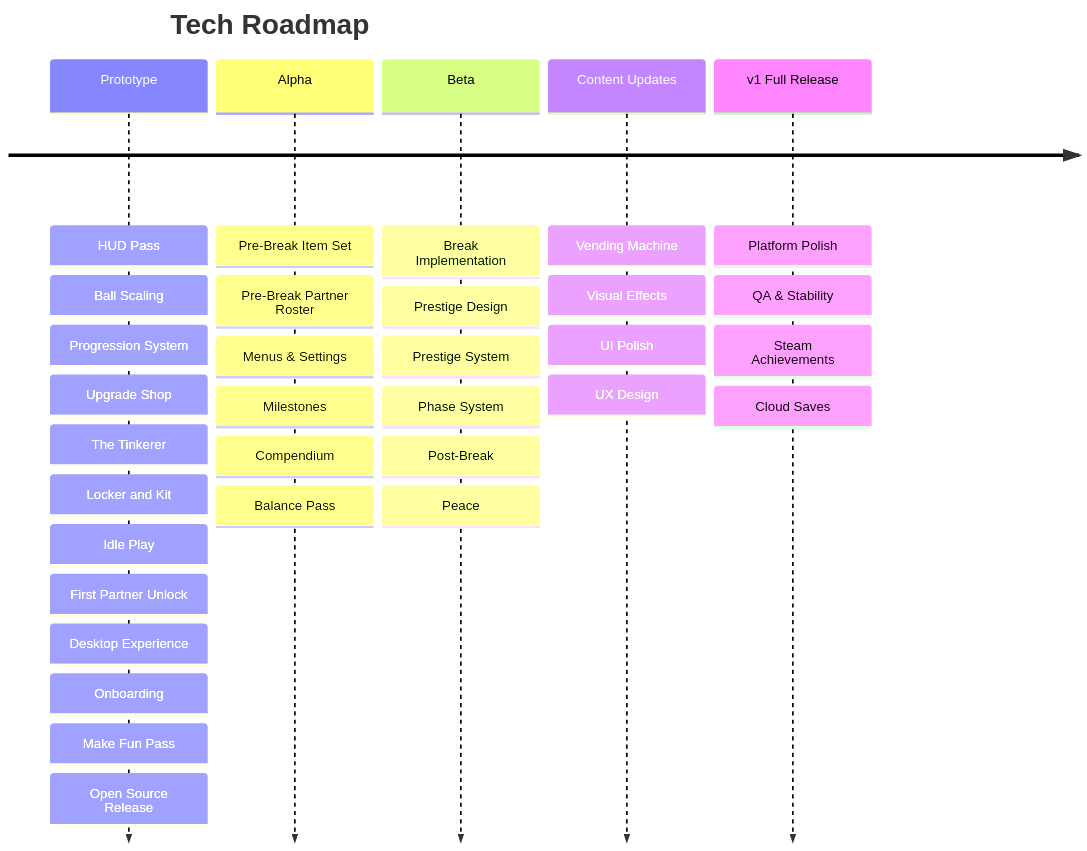
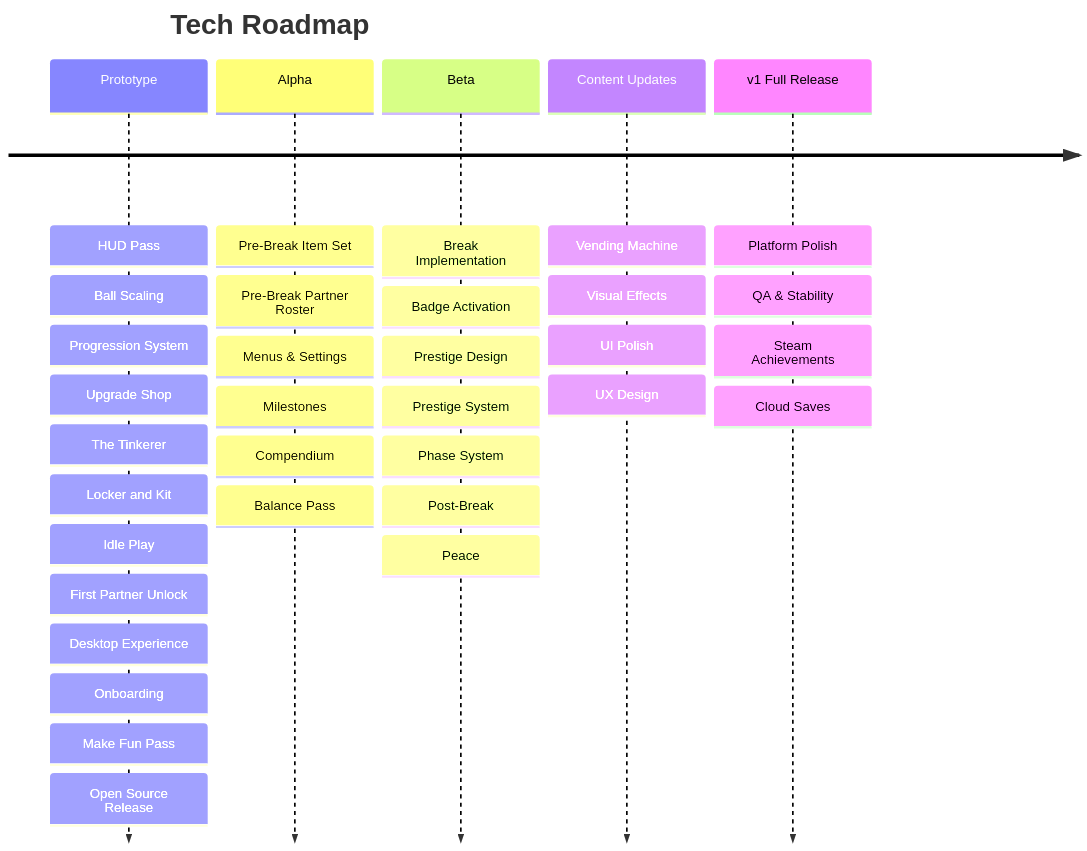
One commit to J-Melon/volley-vendetta changed the diagram in designs/roadmaps/roadmap-tech.md. Above: the diagram before and after it, drawn with Mermaid. The commit also changed other lines of this file and 13 other files, not shown here.

````diff
--- a/designs/roadmaps/roadmap-tech.md
+++ b/designs/roadmaps/roadmap-tech.md
@@ -3,46 +3,47 @@
 ```mermaid
 timeline
     title Tech Roadmap
 
     Prototype
         : HUD Pass
         : Ball Scaling
         : Progression System
         : Upgrade Shop
         : The Tinkerer
         : Locker and Kit
         : Idle Play
         : First Partner Unlock
         : Desktop Experience
         : Onboarding
         : Make Fun Pass
         : Open Source Release
 
     Alpha
         : Pre-Break Item Set
         : Pre-Break Partner Roster
         : Menus & Settings
         : Milestones
         : Compendium
         : Balance Pass
 
     Beta
         : Break Implementation
+        : Badge Activation
         : Prestige Design
         : Prestige System
         : Phase System
         : Post-Break
         : Peace
 
     Content Updates
         : Vending Machine
         : Visual Effects
         : UI Polish
         : UX Design
 
     v1 Full Release
         : Platform Polish
         : QA & Stability
         : Steam Achievements
         : Cloud Saves
 ```
````
